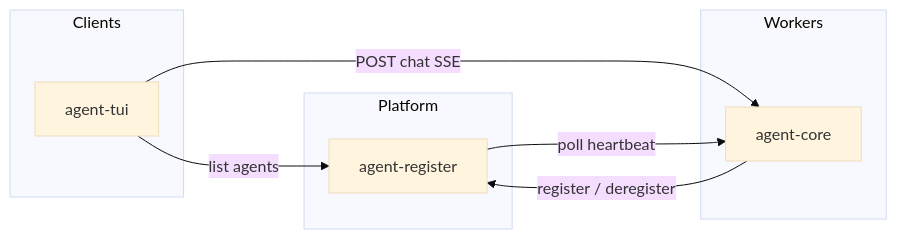
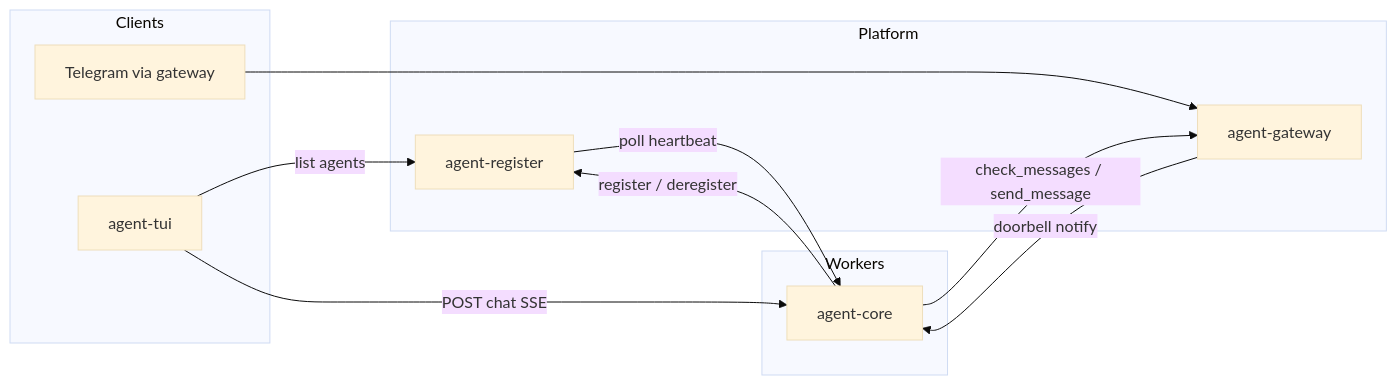
One commit to graeme-lockley/digital-worker changed the diagram in docs/system-overview.md. Above: the diagram before and after it, drawn with Mermaid (base theme). The commit also changed other lines of this file and 63 other files, not shown here.

First line of the commit message:
feat(agent-gateway): add telegram channel edge with doorbell mailbox

````diff
--- a/docs/system-overview.md
+++ b/docs/system-overview.md
@@ -20,19 +20,24 @@
 ```mermaid
 flowchart LR
   subgraph clients [Clients]
     TUI[agent-tui]
+    TG[Telegram via gateway]
   end
 
   subgraph platform [Platform]
     REG[agent-register]
+    GW[agent-gateway]
   end
 
   subgraph workers [Workers]
     CORE[agent-core]
   end
 
+  TG --> GW
+  GW -->|doorbell notify| CORE
+  CORE -->|check_messages / send_message| GW
   TUI -->|list agents| REG
   TUI -->|POST chat SSE| CORE
   CORE -->|register / deregister| REG
   REG -->|poll heartbeat| CORE
 ```
````
